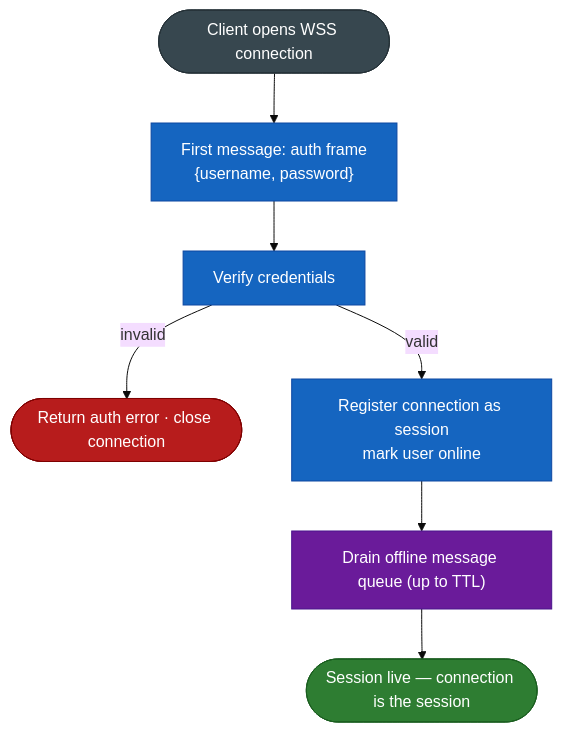
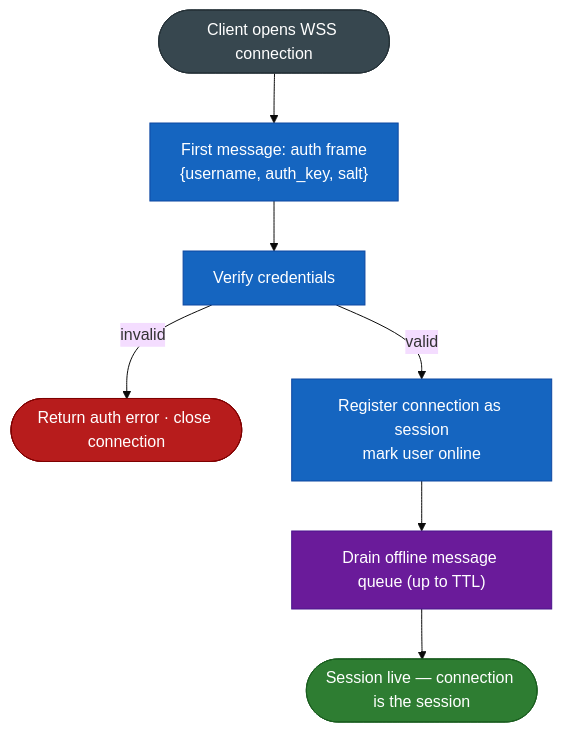
The second of 5 diagrams in docs/server-flows.md (meltedelement/EPIC-1bit2qbit), drawn with Mermaid (base theme) before and after one commit. The commit also changed 16 other files, not shown here.

````diff
--- a/docs/server-flows.md
+++ b/docs/server-flows.md
@@ -25,16 +25,16 @@
 ```mermaid
 flowchart TD
     classDef terminal  fill:#37474F,stroke:#263238,color:#fff
     classDef process   fill:#1565C0,stroke:#0D47A1,color:#fff
     classDef decision  fill:#F57F17,stroke:#E65100,color:#000
     classDef error     fill:#B71C1C,stroke:#7F0000,color:#fff
     classDef ok        fill:#2E7D32,stroke:#1B5E20,color:#fff
     classDef store     fill:#6A1B9A,stroke:#4A148C,color:#fff
 
-    A([Client opens WSS connection]):::terminal --> B["First message: auth frame\n{username, password}"]:::process
+    A([Client opens WSS connection]):::terminal --> B["First message: auth frame\n{username, auth_key, salt}"]:::process
     B --> C["Verify credentials"]:::process
     C -- invalid --> D([Return auth error · close connection]):::error
     C -- valid --> E["Register connection as session\nmark user online"]:::process
     E --> F["Drain offline message queue (up to TTL)"]:::store
     F --> G([Session live — connection is the session]):::ok
 ```
````
